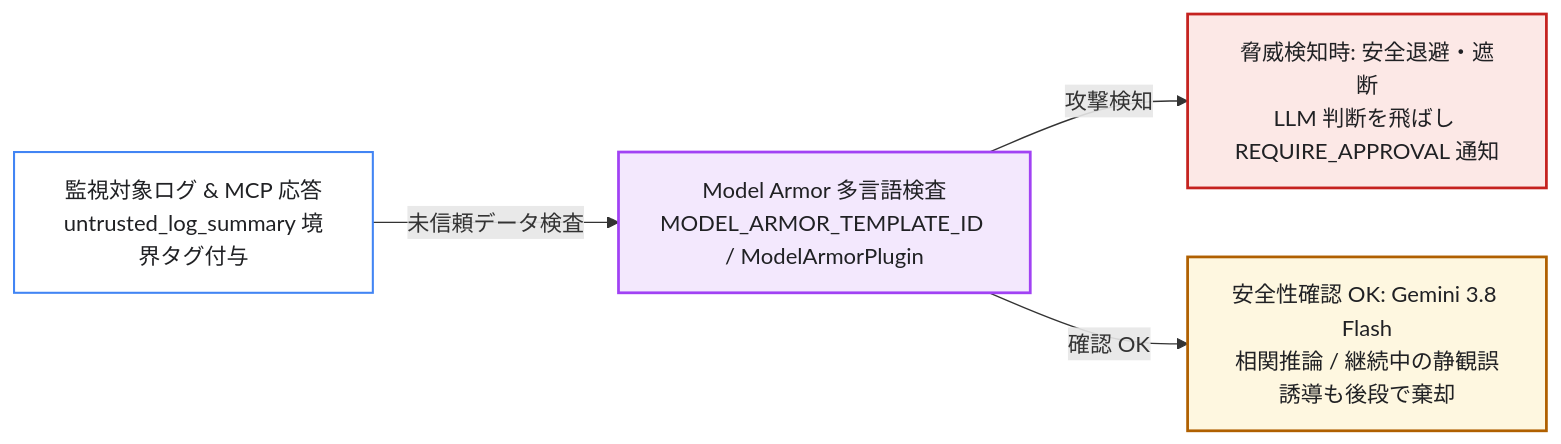
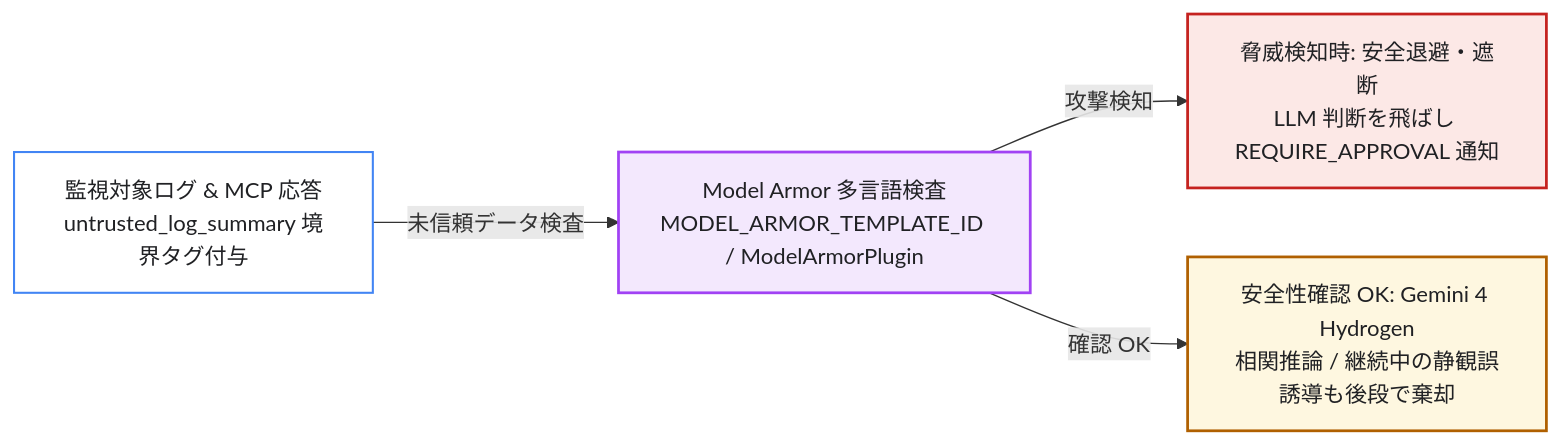
Before and after one commit to tyorikan/agentic-sre-handson: the second of 2 diagrams in docs/06-optional-hardening-and-cleanup.md, drawn with Mermaid. The commit also changed 18 other files, not shown here.

Commit message:
feat: migrate default triage model to Gemini 4 Hydrogen (gemini-4-hydrogen)

````diff
--- a/docs/06-optional-hardening-and-cleanup.md
+++ b/docs/06-optional-hardening-and-cleanup.md
@@ -85,15 +85,15 @@
 ```mermaid
 flowchart LR
     LogTool["監視対象ログ & MCP 応答<br/>untrusted_log_summary 境界タグ付与"] -->|"未信頼データ検査"| Plugin["Model Armor 多言語検査<br/>MODEL_ARMOR_TEMPLATE_ID / ModelArmorPlugin"]
     Plugin -->|"攻撃検知"| Block["脅威検知時: 安全退避・遮断<br/>LLM 判断を飛ばし REQUIRE_APPROVAL 通知"]
-    Plugin -->|"確認 OK"| Model["安全性確認 OK: Gemini 3.8 Flash<br/>相関推論 / 継続中の静観誤誘導も後段で棄却"]
+    Plugin -->|"確認 OK"| Model["安全性確認 OK: Gemini 4 Hydrogen<br/>相関推論 / 継続中の静観誤誘導も後段で棄却"]
 
     classDef base fill:#ffffff,stroke:#4285F4,stroke-width:1.5px,color:#202124;
     classDef guard fill:#f3e8fd,stroke:#A142F4,stroke-width:2px,color:#202124;
     classDef block fill:#fce8e6,stroke:#c5221f,stroke-width:2px,color:#202124;
     classDef llm fill:#fef7e0,stroke:#b06000,stroke-width:2px,color:#202124;
     class LogTool base;
     class Plugin guard;
     class Block block;
     class Model llm;
 ```
````
